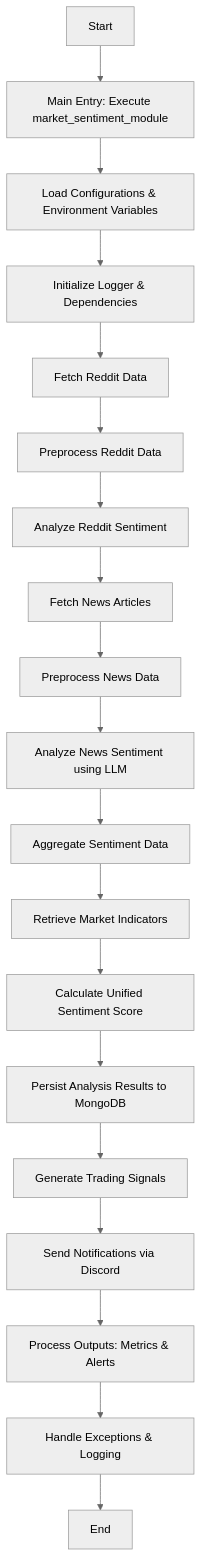
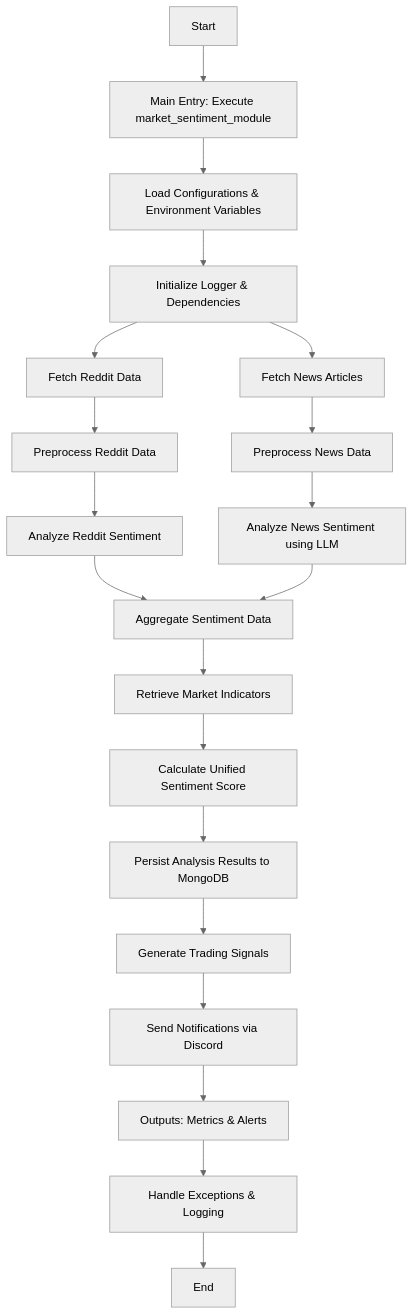
One commit to B-Lens/Orbit changed the diagram in docs/market_sentiment_module_flowchart.md. Above: the diagram before and after it, drawn with Mermaid (neutral theme).

Commit message:
docs: Update flowchart for market sentiment module with Mermaid syntax

````diff
--- a/docs/market_sentiment_module_flowchart.md
+++ b/docs/market_sentiment_module_flowchart.md
@@ -3,41 +3,42 @@
 ```mermaid
 flowchart TD
     A[Start]
     B[Main Entry: Execute market_sentiment_module]
     C[Load Configurations & Environment Variables]
     D[Initialize Logger & Dependencies]
     E[Fetch Reddit Data]
     F[Preprocess Reddit Data]
     G[Analyze Reddit Sentiment]
     H[Fetch News Articles]
     I[Preprocess News Data]
     J[Analyze News Sentiment using LLM]
     K[Aggregate Sentiment Data]
     L[Retrieve Market Indicators]
     M[Calculate Unified Sentiment Score]
     N[Persist Analysis Results to MongoDB]
     O[Generate Trading Signals]
     P[Send Notifications via Discord]
-    Q[Process Outputs: Metrics & Alerts]
+    Q[Outputs: Metrics & Alerts]
     R[Handle Exceptions & Logging]
     S[End]
 
     A --> B
     B --> C
     C --> D
     D --> E
     E --> F
     F --> G
-    G --> H
+    D --> H
     H --> I
     I --> J
+    G --> K
     J --> K
     K --> L
     L --> M
     M --> N
     N --> O
     O --> P
     P --> Q
     Q --> R
     R --> S
 ```
````
